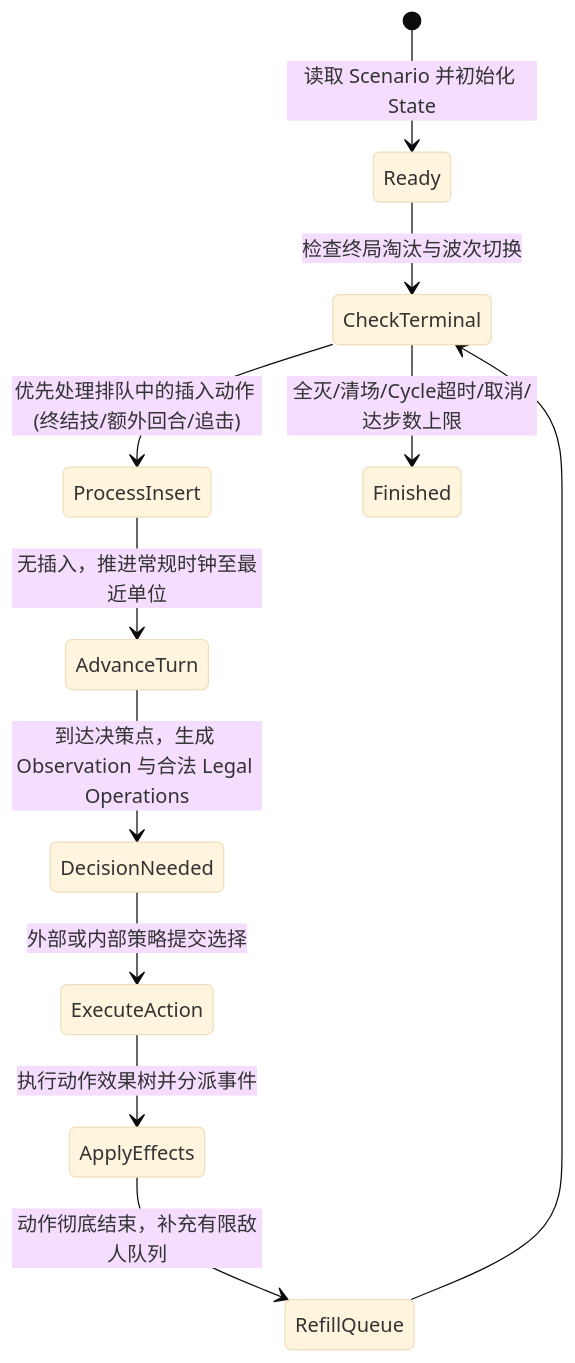
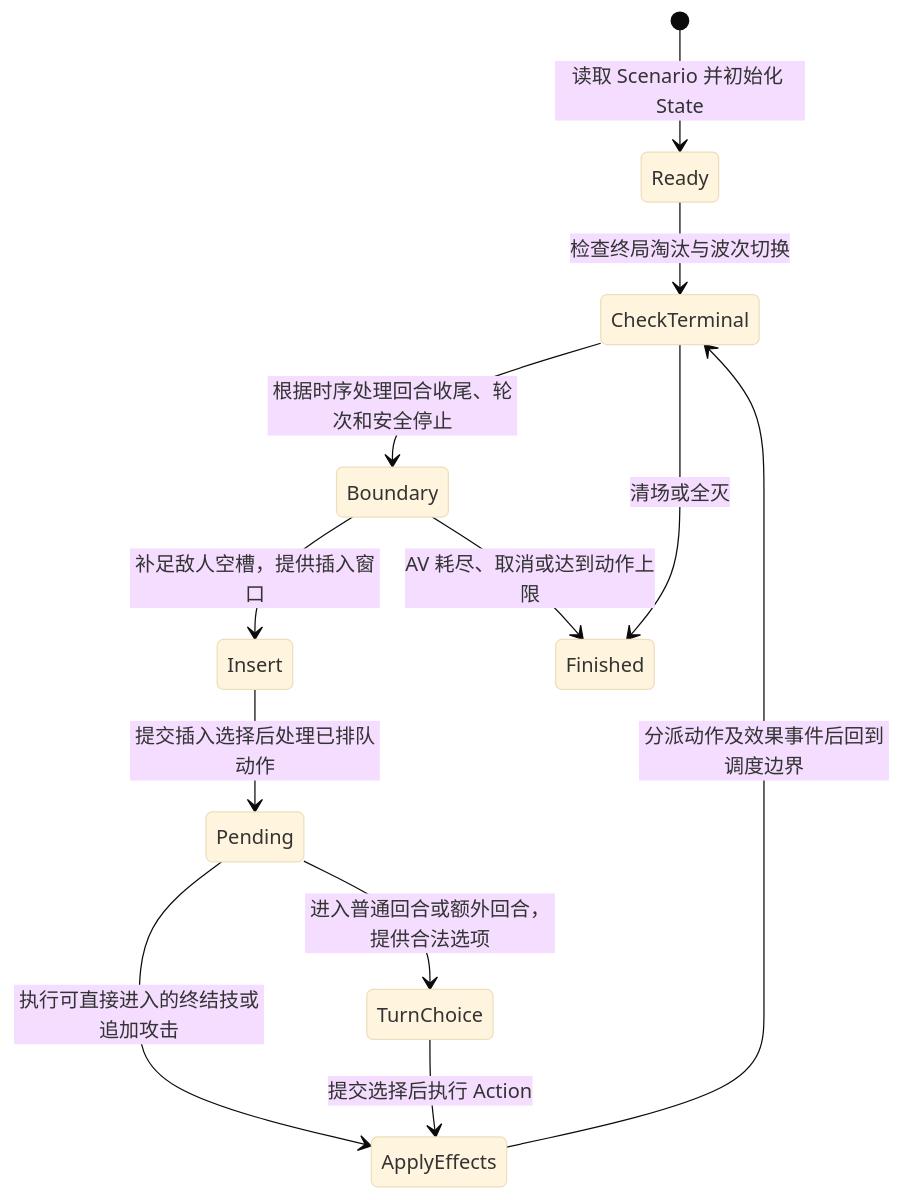
Before and after one commit to Sakura-Ex/Hyacimicon: the second of 3 diagrams in docs/modules/battle-simulation/design.md, drawn with Mermaid (base theme). The commit also changed other lines of this file and 14 other files, not shown here.

````diff
--- a/docs/modules/battle-simulation/design.md
+++ b/docs/modules/battle-simulation/design.md
@@ -84,13 +83,14 @@
 ```mermaid
 stateDiagram-v2
     [*] --> Ready: 读取 Scenario 并初始化 State
     Ready --> CheckTerminal: 检查终局淘汰与波次切换
-    CheckTerminal --> ProcessInsert: 优先处理排队中的插入动作 (终结技/额外回合/追击)
-    ProcessInsert --> AdvanceTurn: 无插入，推进常规时钟至最近单位
-    AdvanceTurn --> DecisionNeeded: 到达决策点，生成 Observation 与合法 Legal Operations
-    DecisionNeeded --> ExecuteAction: 外部或内部策略提交选择
-    ExecuteAction --> ApplyEffects: 执行动作效果树并分派事件
-    ApplyEffects --> RefillQueue: 动作彻底结束，补充有限敌人队列
-    RefillQueue --> CheckTerminal
-    CheckTerminal --> Finished: 全灭/清场/Cycle超时/取消/达步数上限
+    CheckTerminal --> Boundary: 根据时序处理回合收尾、轮次和安全停止
+    Boundary --> Insert: 补足敌人空槽，提供插入窗口
+    Insert --> Pending: 提交插入选择后处理已排队动作
+    Pending --> ApplyEffects: 执行可直接进入的终结技或追加攻击
+    Pending --> TurnChoice: 进入普通回合或额外回合，提供合法选项
+    TurnChoice --> ApplyEffects: 提交选择后执行 Action
+    ApplyEffects --> CheckTerminal: 分派动作及效果事件后回到调度边界
+    CheckTerminal --> Finished: 清场或全灭
+    Boundary --> Finished: AV 耗尽、取消或达到动作上限
 ```
````
